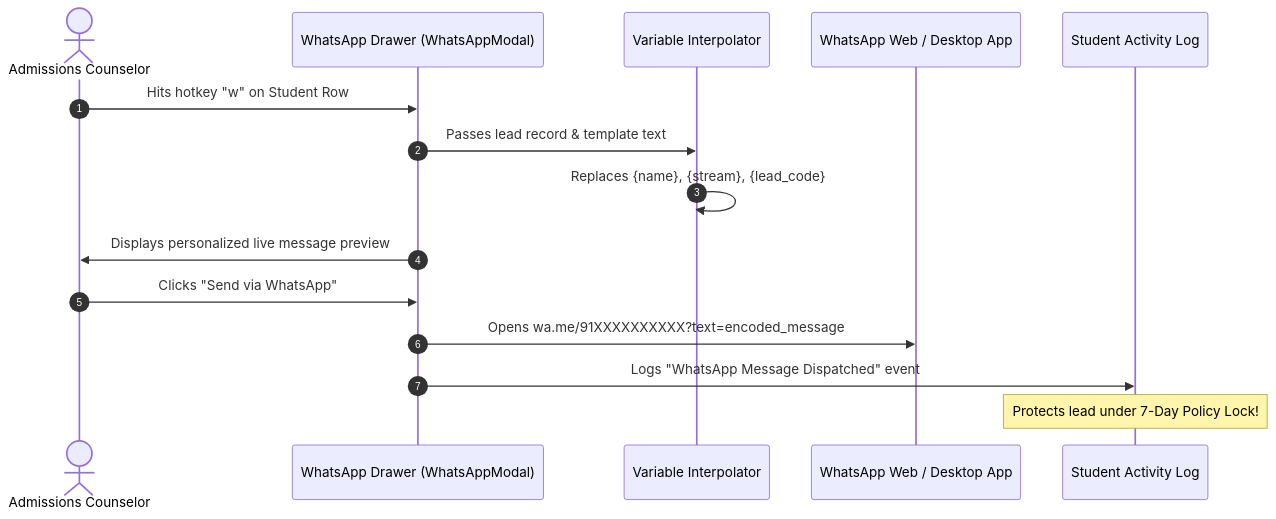
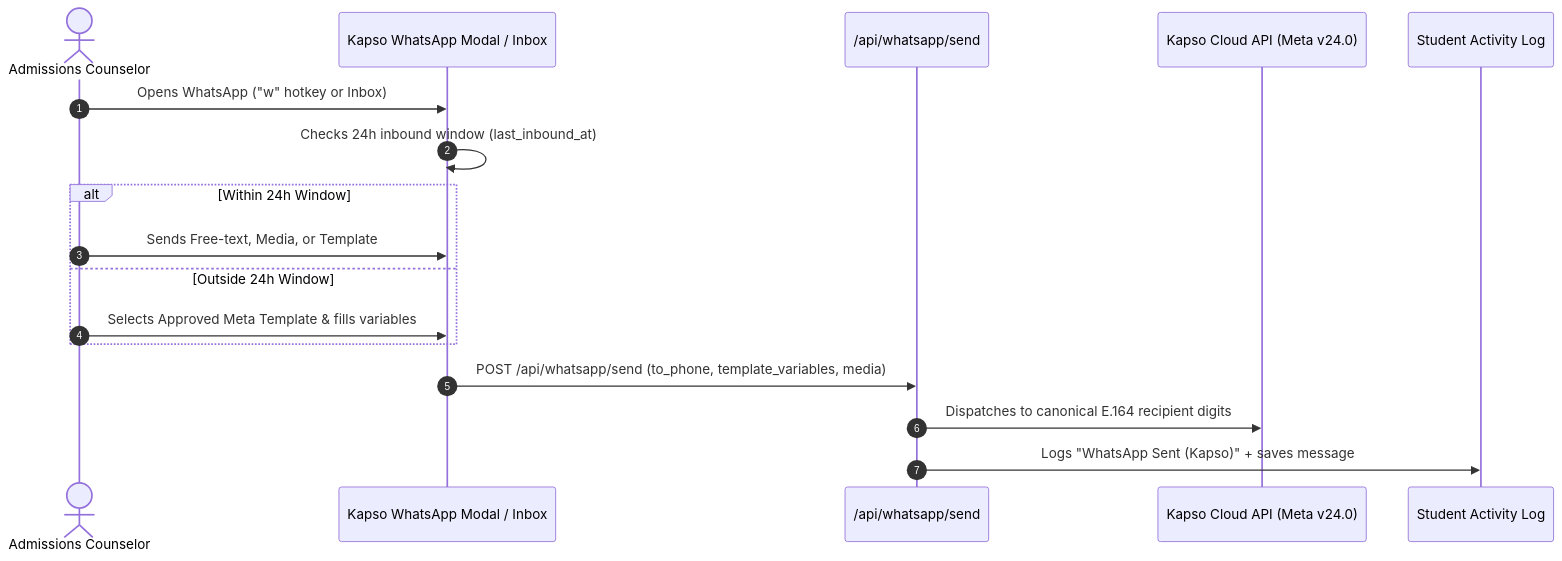
One commit to rdsdd2021/DreamDesk-CRM changed the diagram in docs/07_WHATSAPP_AND_COMMUNICATION_DRAWER.md. Above: the diagram before and after it, drawn with Mermaid. The commit also changed other lines of this file and 8 other files, not shown here.

````diff
--- a/docs/07_WHATSAPP_AND_COMMUNICATION_DRAWER.md
+++ b/docs/07_WHATSAPP_AND_COMMUNICATION_DRAWER.md
@@ -17,18 +15,20 @@
 ```mermaid
 sequenceDiagram
     autonumber
     actor Counselor as Admissions Counselor
-    participant UI as WhatsApp Drawer (WhatsAppModal)
-    participant Engine as Variable Interpolator
-    participant WhatsApp as WhatsApp Web / Desktop App
+    participant UI as Kapso WhatsApp Modal / Inbox
+    participant API as /api/whatsapp/send
+    participant Kapso as Kapso Cloud API (Meta v24.0)
     participant Timeline as Student Activity Log
 
-    Counselor->>UI: Hits hotkey "w" on Student Row
-    UI->>Engine: Passes lead record & template text
-    Engine->>Engine: Replaces {name}, {stream}, {lead_code}
-    UI->>Counselor: Displays personalized live message preview
-    Counselor->>UI: Clicks "Send via WhatsApp"
-    UI->>WhatsApp: Opens wa.me/91XXXXXXXXXX?text=encoded_message
-    UI->>Timeline: Logs "WhatsApp Message Dispatched" event
-    Note over Timeline: Protects lead under 7-Day Policy Lock!
+    Counselor->>UI: Opens WhatsApp ("w" hotkey or Inbox)
+    UI->>UI: Checks 24h inbound window (last_inbound_at)
+    alt Within 24h Window
+        Counselor->>UI: Sends Free-text, Media, or Template
+    else Outside 24h Window
+        Counselor->>UI: Selects Approved Meta Template & fills variables
+    end
+    UI->>API: POST /api/whatsapp/send (to_phone, template_variables, media)
+    API->>Kapso: Dispatches to canonical E.164 recipient digits
+    API->>Timeline: Logs "WhatsApp Sent (Kapso)" + saves message
 ```
````
